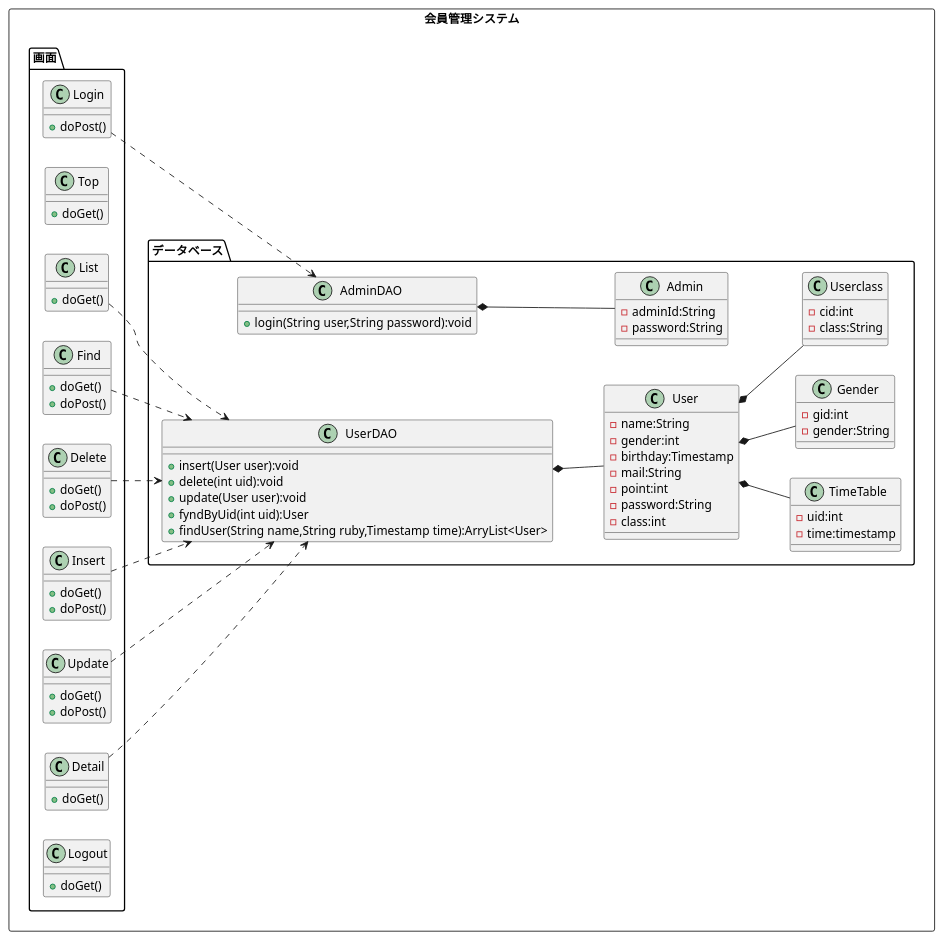
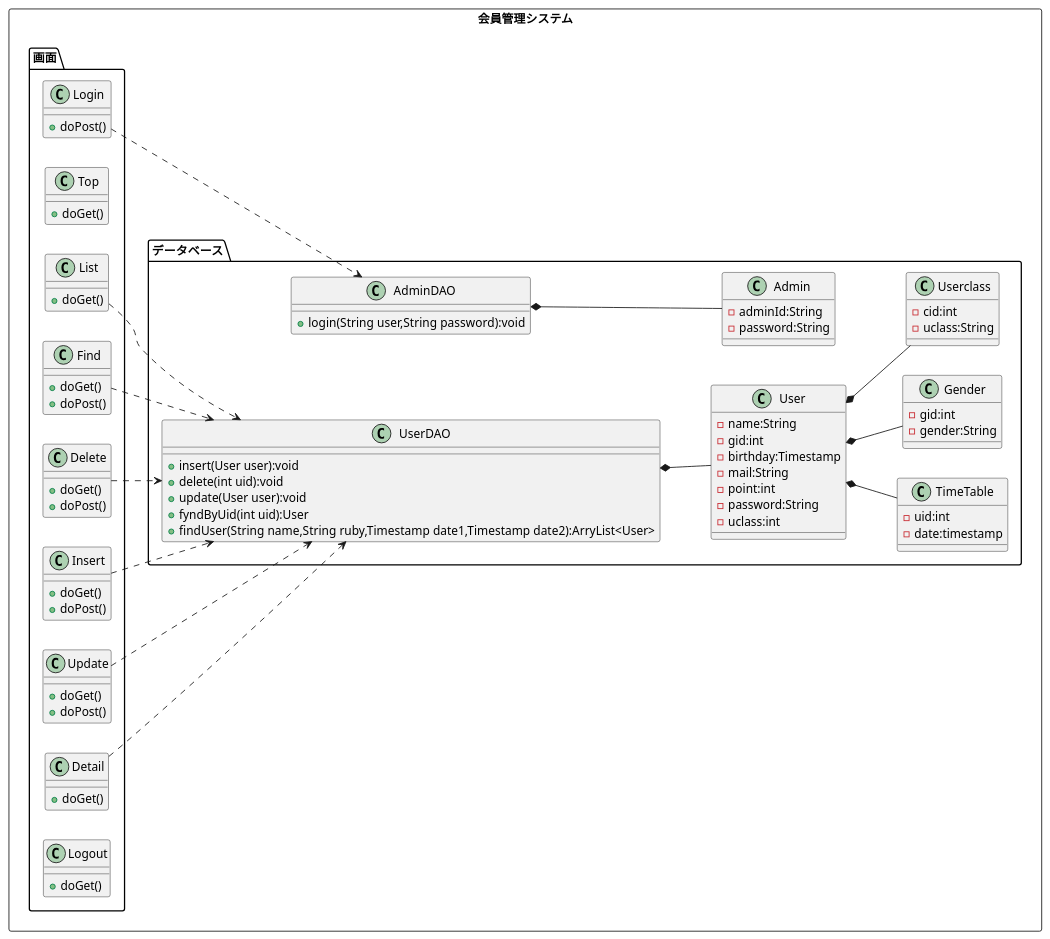
Before and after one commit to toufu66/ProjectC: the diagram in uml_detail/class.pu, drawn with PlantUML.

Commit message:
詳細クラス図

```diff
--- a/uml_detail/class.pu
+++ b/uml_detail/class.pu
@@ -1,100 +1,100 @@
 @startuml
 left to right direction
 rectangle 会員管理システム{
 package 画面{
 	class Login{
 		+doPost()
 	}
 	class Top{
 		+doGet()
 	}
 	class List{
 		+doGet()
 	}
 	class Find{
 		+doGet()
 		+doPost()
 	}
 	class Delete{
 		+doGet()
 		+doPost()
 	}
 	class Insert{
 		+doGet()
 		+doPost()
 	}
 	class Update{
 		+doGet()
 		+doPost()
 	}
 	class Detail{
 		+doGet()
 	}
 	class Logout{
 		+doGet()
 	}
 
 
 }
 
 package データベース{
 	class UserDAO{
 		+insert(User user):void
 		+delete(int uid):void
 		+update(User user):void
 		+fyndByUid(int uid):User
-		+findUser(String name,String ruby,Timestamp time):ArryList<User>
+		+findUser(String name,String ruby,Timestamp date1,Timestamp date2):ArryList<User>
 	}
 	class User{
 		-name:String
-		-gender:int
+		-gid:int
 		-birthday:Timestamp
 		-mail:String
 		-point:int
 		-password:String
-		-class:int
+		-uclass:int
 	}
 	class Admin{
 		-adminId:String
 		-password:String
 	}
 	class AdminDAO{
 
 		+login(String user,String password):void
 
 	}
 	class TimeTable{
 		-uid:int
-		-time:timestamp
+		-date:timestamp
 
 	}
 	class Gender{
 		-gid:int
 		-gender:String
 
 	}
 	class Userclass{
 		-cid:int
-		-class:String
+		-uclass:String
 
 	}
 
 }
 
 
 Login ..> AdminDAO
 
 List ..> UserDAO
 Insert ..> UserDAO
 Update ..> UserDAO
 Delete ..> UserDAO
 Find ..> UserDAO
 Detail ..>UserDAO
 UserDAO *--  User
 AdminDAO *--  Admin
 User *-- TimeTable
 User *-- Userclass
 User *-- Gender
 
 }
 @enduml
```
